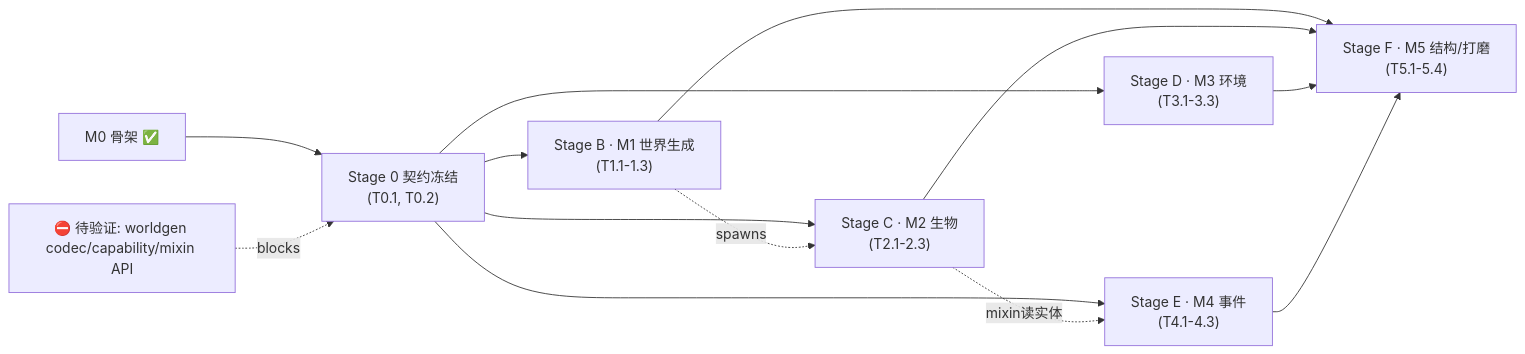
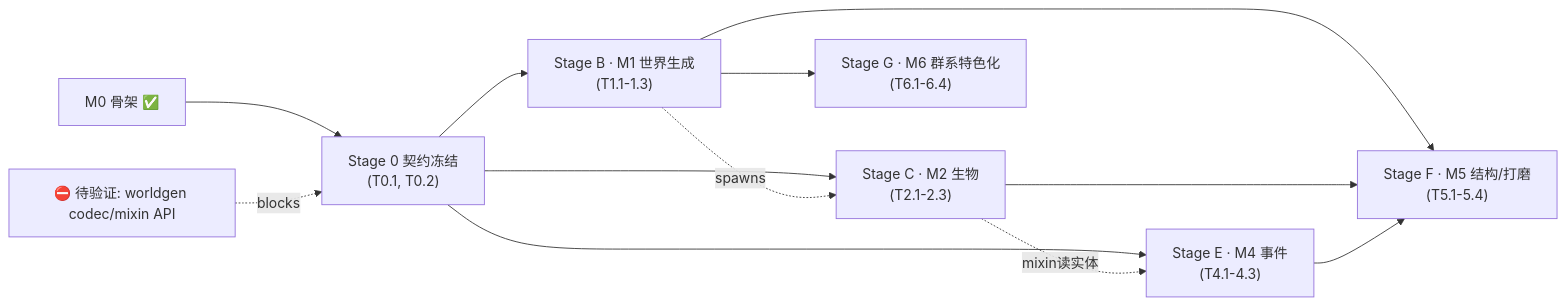
The diagram in docs/task-plan.md (Tonywww2/Titan-Satellite), drawn with Mermaid before and after one commit. The commit also changed other lines of this file and 165 other files, not shown here.

````diff
--- a/docs/task-plan.md
+++ b/docs/task-plan.md
@@ -90,15 +98,14 @@
 ```mermaid
 flowchart LR
     M0["M0 骨架 ✅"] --> S0["Stage 0 契约冻结\n(T0.1, T0.2)"]
     S0 --> B["Stage B · M1 世界生成\n(T1.1-1.3)"]
     S0 --> C["Stage C · M2 生物\n(T2.1-2.3)"]
-    S0 --> D["Stage D · M3 环境\n(T3.1-3.3)"]
     S0 --> E["Stage E · M4 事件\n(T4.1-4.3)"]
     B -.spawns.-> C
     C -.mixin读实体.-> E
     B --> F["Stage F · M5 结构/打磨\n(T5.1-5.4)"]
     C --> F
-    D --> F
     E --> F
-    R1["⛔ 待验证: worldgen codec/capability/mixin API"] -.blocks.-> S0
+    B --> G["Stage G · M6 群系特色化\n(T6.1-6.4)"]
+    R1["⛔ 待验证: worldgen codec/mixin API"] -.blocks.-> S0
 ```
````
